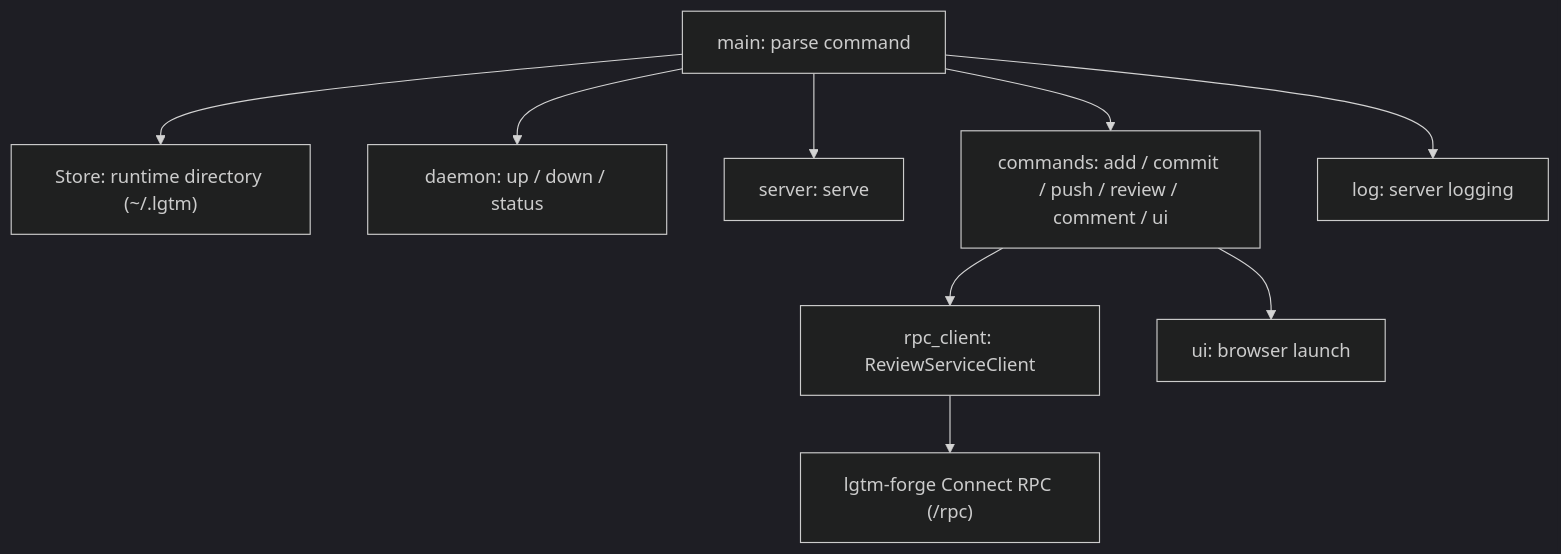
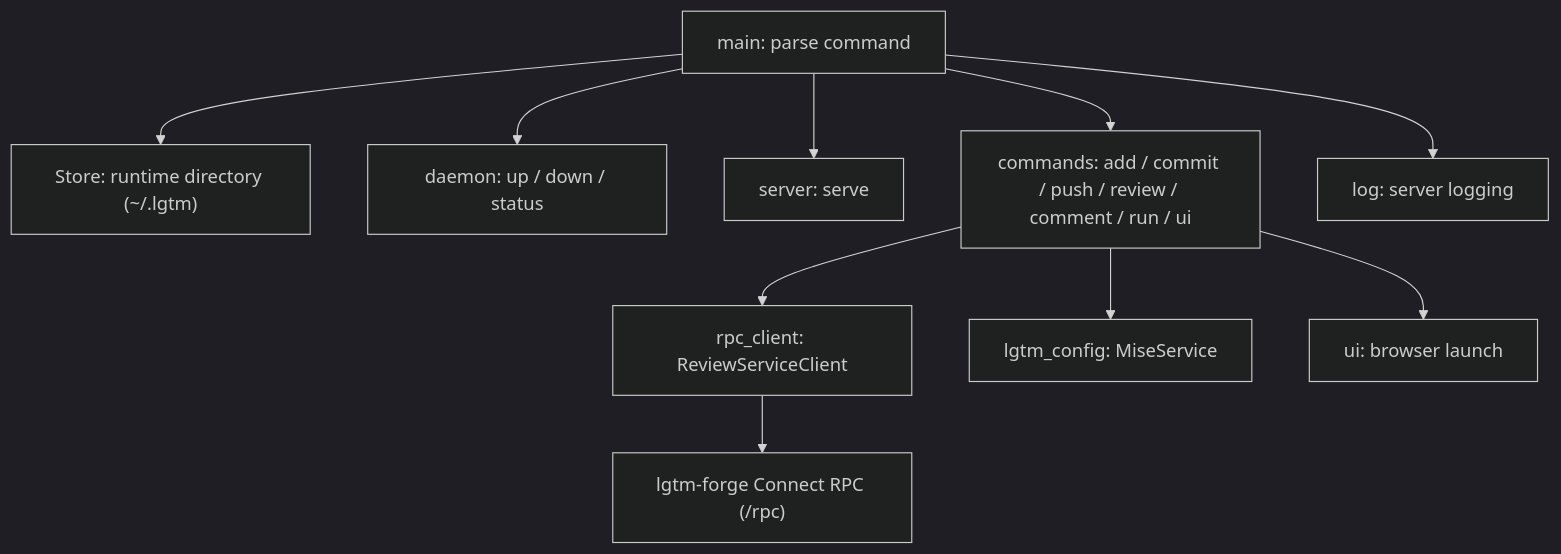
One commit to difflab-io/lgtm changed the first of 2 diagrams in docs/architecture/cli/index.md. Above: the diagram before and after it, drawn with Mermaid (dark theme). The commit also changed other lines of this file and 112 other files, not shown here.

First line of the commit message:
feat(lsp): add lgtm-config, lgtm-env, and lgtm-lsp SDKs, lgtm run, and desktop LSP integration (#13)

````diff
--- a/docs/architecture/cli/index.md
+++ b/docs/architecture/cli/index.md
@@ -70,11 +71,12 @@
 ```mermaid
 flowchart TD
     MAIN["main: parse command"] --> STORE["Store: runtime directory (~/.lgtm)"]
     MAIN --> DAEMON["daemon: up / down / status"]
     MAIN --> SERVER["server: serve"]
-    MAIN --> COMMANDS["commands: add / commit / push / review / comment / ui"]
+    MAIN --> COMMANDS["commands: add / commit / push / review / comment / run / ui"]
     COMMANDS --> CLIENT["rpc_client: ReviewServiceClient"]
+    COMMANDS --> MISE["lgtm_config: MiseService"]
     COMMANDS --> UI["ui: browser launch"]
     CLIENT --> FORGE["lgtm-forge Connect RPC (/rpc)"]
     MAIN --> LOG["log: server logging"]
 ```
````
